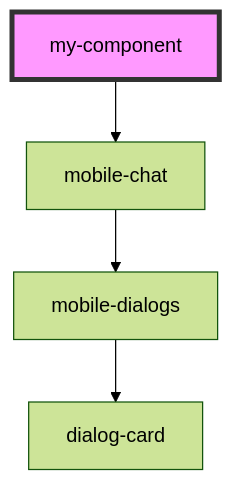
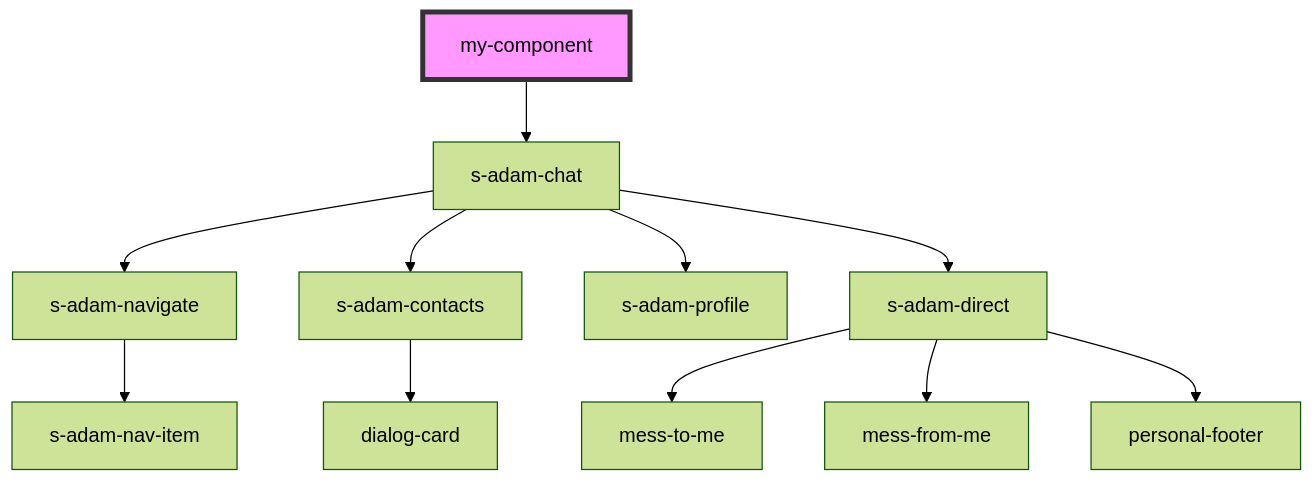
One commit to saqhan/stencil-chat changed the diagram in src/components/my-component/readme.md. Above: the diagram before and after it, drawn with Mermaid (forest theme). The commit also changed other lines of this file and 38 other files, not shown here.

Commit message:
added no-chat component

````diff
--- a/src/components/my-component/readme.md
+++ b/src/components/my-component/readme.md
@@ -24,7 +24,14 @@
 ```mermaid
 graph TD;
-  my-component --> mobile-chat
-  mobile-chat --> mobile-dialogs
-  mobile-dialogs --> dialog-card
+  my-component --> s-adam-chat
+  s-adam-chat --> s-adam-navigate
+  s-adam-chat --> s-adam-contacts
+  s-adam-chat --> s-adam-profile
+  s-adam-chat --> s-adam-direct
+  s-adam-navigate --> s-adam-nav-item
+  s-adam-contacts --> dialog-card
+  s-adam-direct --> mess-to-me
+  s-adam-direct --> mess-from-me
+  s-adam-direct --> personal-footer
   style my-component fill:#f9f,stroke:#333,stroke-width:4px
 ```
````
